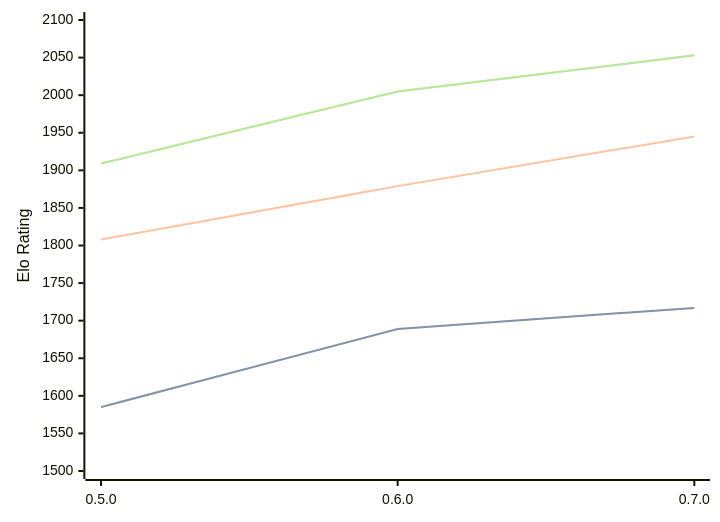
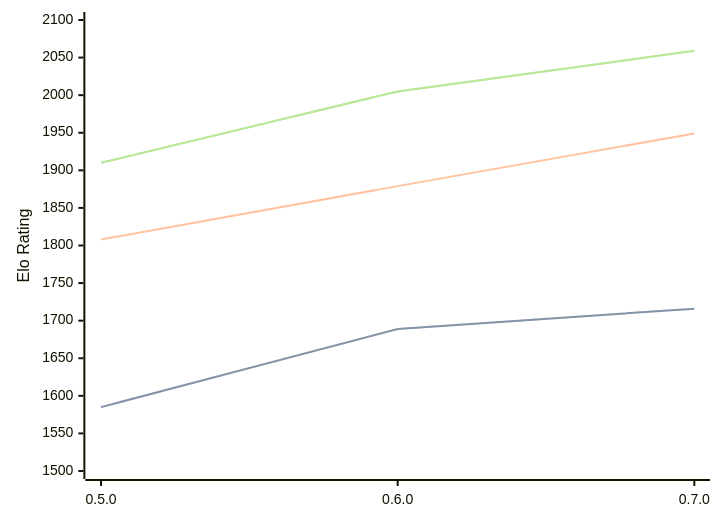
Before and after one commit to computer-chess-index/cci: the diagram in engines/Chess-rs.md, drawn with Mermaid. The commit also changed other lines of this file, not shown here.

Commit message:
Update CCI Ratings (ELO VLTC) - 2026-04-11

````diff
--- a/engines/Chess-rs.md
+++ b/engines/Chess-rs.md
@@ -41,11 +41,11 @@
 ```mermaid
 %%{init: {"theme":"base","themeVariables":{"seriesColors:['#a3a3a3','#222221','#faa371']}}}%%
 xychart-beta
   x-axis ["0.5.0", "0.6.0", "0.7.0"]
   y-axis "Elo Rating" 1500 --> 2100
-  line "STC (8.0+0.08s)" [1585, 1689, 1717]
-  line "STC (8.0+0.08s)" [1585, 1689, 1717]
-  line "LTC (60.0+0.60s)" [1808, 1879, 1945]
-  line "VLTC (2m24s+1.12s)" [1909, 2005, 2053]
-  line "VLTC (2m24s+1.12s)" [1909, 2005, 2053]
+  line "STC (8.0+0.08s)" [1585, 1689, 1716]
+  line "STC (8.0+0.08s)" [1585, 1689, 1716]
+  line "LTC (60.0+0.60s)" [1808, 1879, 1949]
+  line "VLTC (2m24s+1.12s)" [1910, 2005, 2059]
+  line "VLTC (2m24s+1.12s)" [1910, 2005, 2059]
 ```
````
